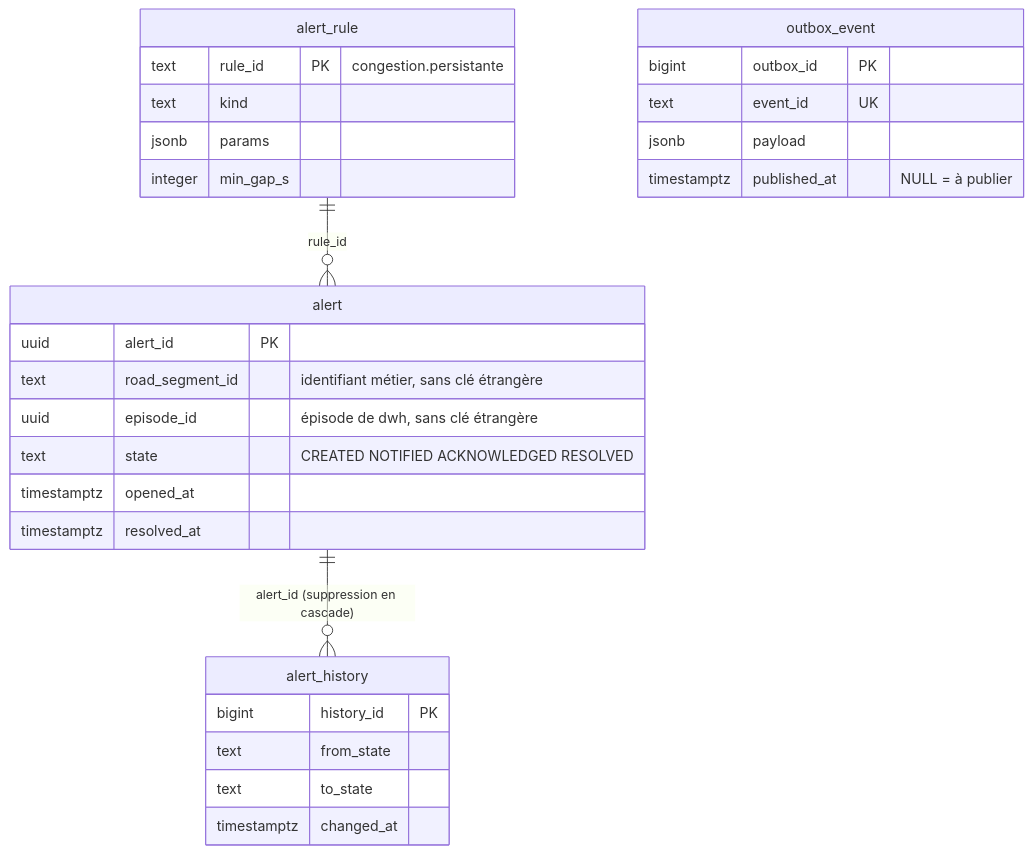
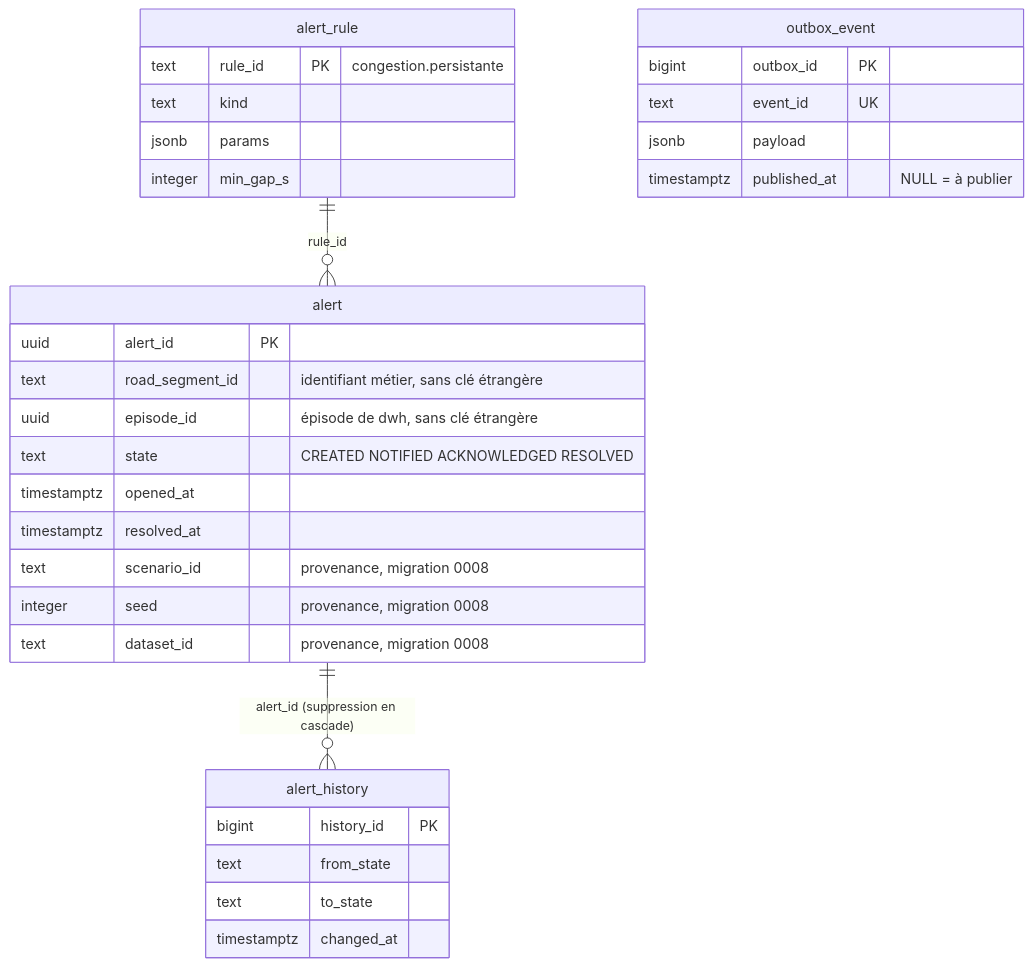
The second of 4 diagrams in docs/03-donnees/dictionnaire-de-donnees.md (RobelManoa/novaria-core), drawn with Mermaid before and after one commit. The commit also changed other lines of this file and 145 other files, not shown here.

````diff
--- a/docs/03-donnees/dictionnaire-de-donnees.md
+++ b/docs/03-donnees/dictionnaire-de-donnees.md
@@ -88,31 +88,34 @@
 ```mermaid
 erDiagram
     alert_rule ||--o{ alert : "rule_id"
     alert ||--o{ alert_history : "alert_id (suppression en cascade)"
     alert_rule {
         text rule_id PK "congestion.persistante"
         text kind
         jsonb params
         integer min_gap_s
     }
     alert {
         uuid alert_id PK
         text road_segment_id "identifiant métier, sans clé étrangère"
         uuid episode_id "épisode de dwh, sans clé étrangère"
         text state "CREATED NOTIFIED ACKNOWLEDGED RESOLVED"
         timestamptz opened_at
         timestamptz resolved_at
+        text scenario_id "provenance, migration 0008"
+        integer seed "provenance, migration 0008"
+        text dataset_id "provenance, migration 0008"
     }
     alert_history {
         bigint history_id PK
         text from_state
         text to_state
         timestamptz changed_at
     }
     outbox_event {
         bigint outbox_id PK
         text event_id UK
         jsonb payload
         timestamptz published_at "NULL = à publier"
     }
 ```
````
